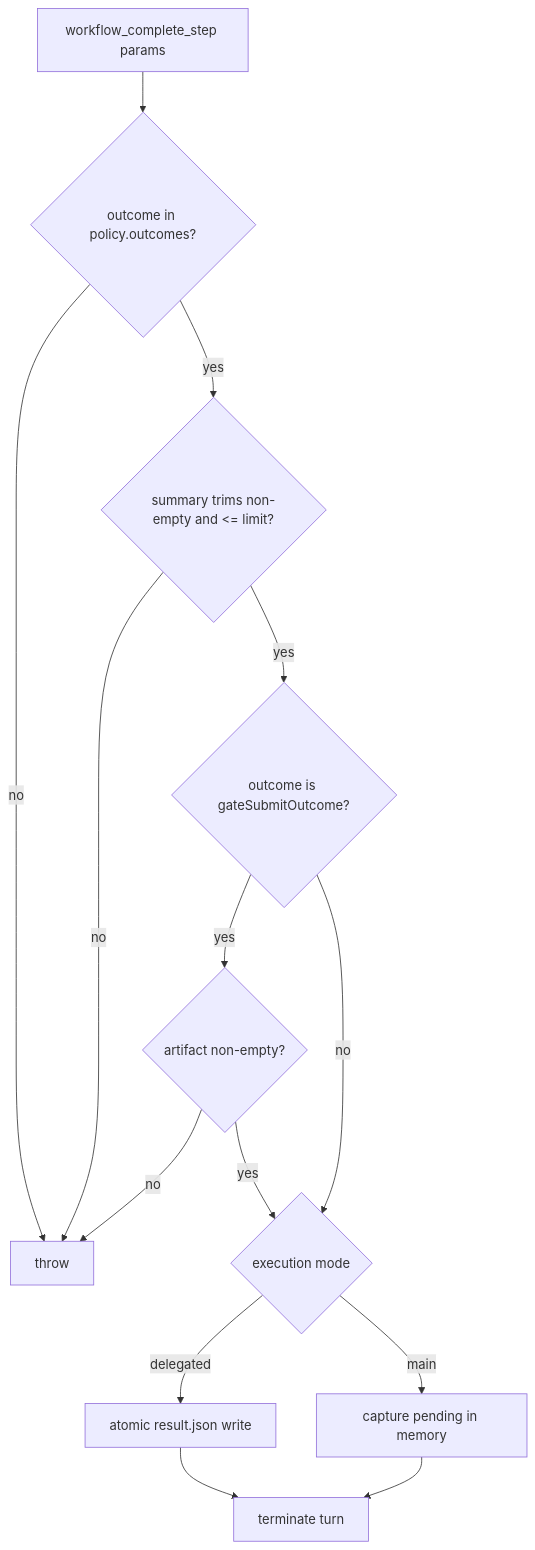
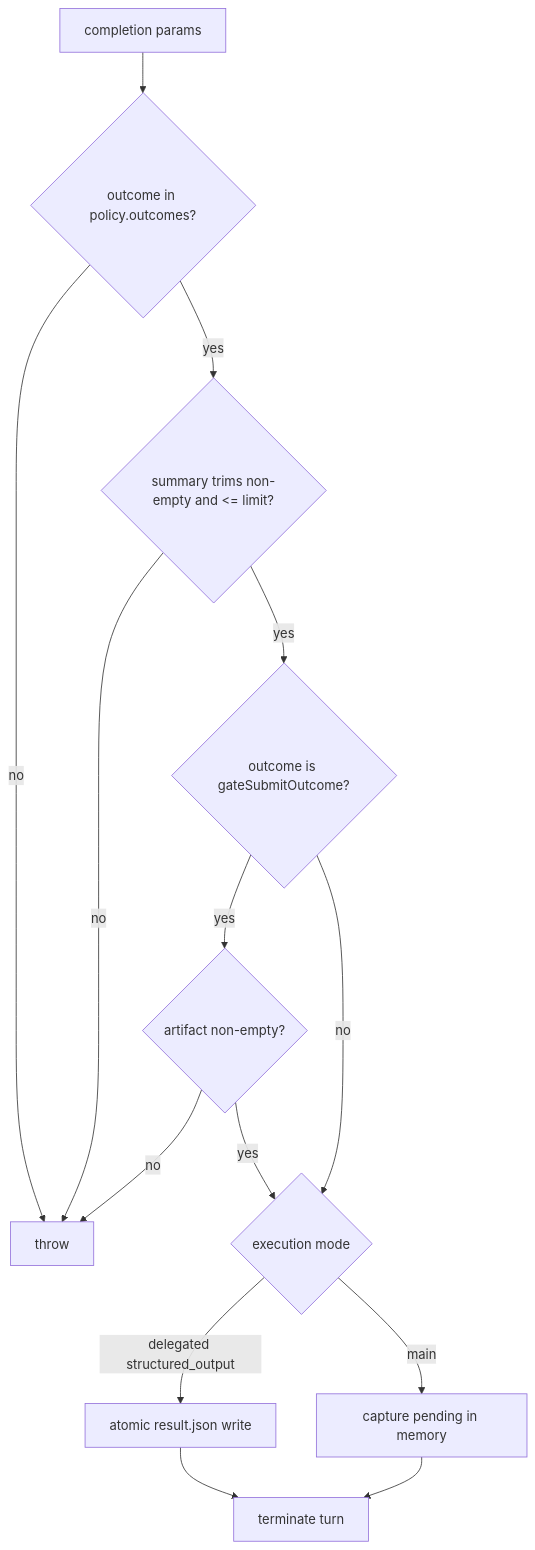
One commit to wichayutdew/pi-workflows changed the sixth of 7 diagrams in openwiki/security/policy-model.md. Above: the diagram before and after it, drawn with Mermaid. The commit also changed other lines of this file and 57 other files, not shown here.

````diff
--- a/openwiki/security/policy-model.md
+++ b/openwiki/security/policy-model.md
@@ -110,16 +110,16 @@
 ```mermaid
 flowchart TD
-  Complete[workflow_complete_step params] --> Outcome{outcome in policy.outcomes?}
+  Complete[completion params] --> Outcome{outcome in policy.outcomes?}
   Outcome -- no --> Reject[throw]
   Outcome -- yes --> Summary{summary trims non-empty and <= limit?}
   Summary -- no --> Reject
   Summary -- yes --> Gate{outcome is gateSubmitOutcome?}
   Gate -- yes --> Artifact{artifact non-empty?}
   Artifact -- no --> Reject
   Artifact -- yes --> Mode{execution mode}
   Gate -- no --> Mode
-  Mode -- delegated --> Write[atomic result.json write]
+  Mode -- delegated structured_output --> Write[atomic result.json write]
   Mode -- main --> Capture[capture pending in memory]
   Write --> Terminate[terminate turn]
   Capture --> Terminate
 ```
````
